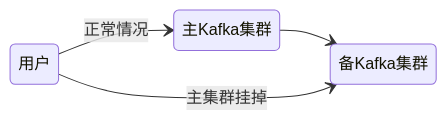
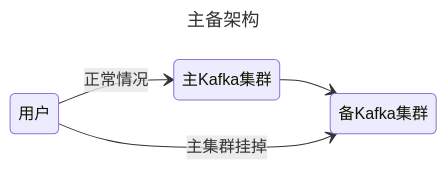
The ninth of 12 diagrams in doc/中间件/消息队列/Kafka/Kafka.md (0xcaffebabe/note), drawn with Mermaid before and after one commit. The commit also changed other lines of this file and 11 other files, not shown here.

````diff
--- a/doc/中间件/消息队列/Kafka/Kafka.md
+++ b/doc/中间件/消息队列/Kafka/Kafka.md
@@ -651,7 +628,10 @@
 ```mermaid
+---
+title: 主备架构
+---
 stateDiagram-v2
   direction LR
   主Kafka集群 --> 备Kafka集群
   用户 --> 主Kafka集群: 正常情况
   用户 --> 备Kafka集群: 主集群挂掉
 ```
````
